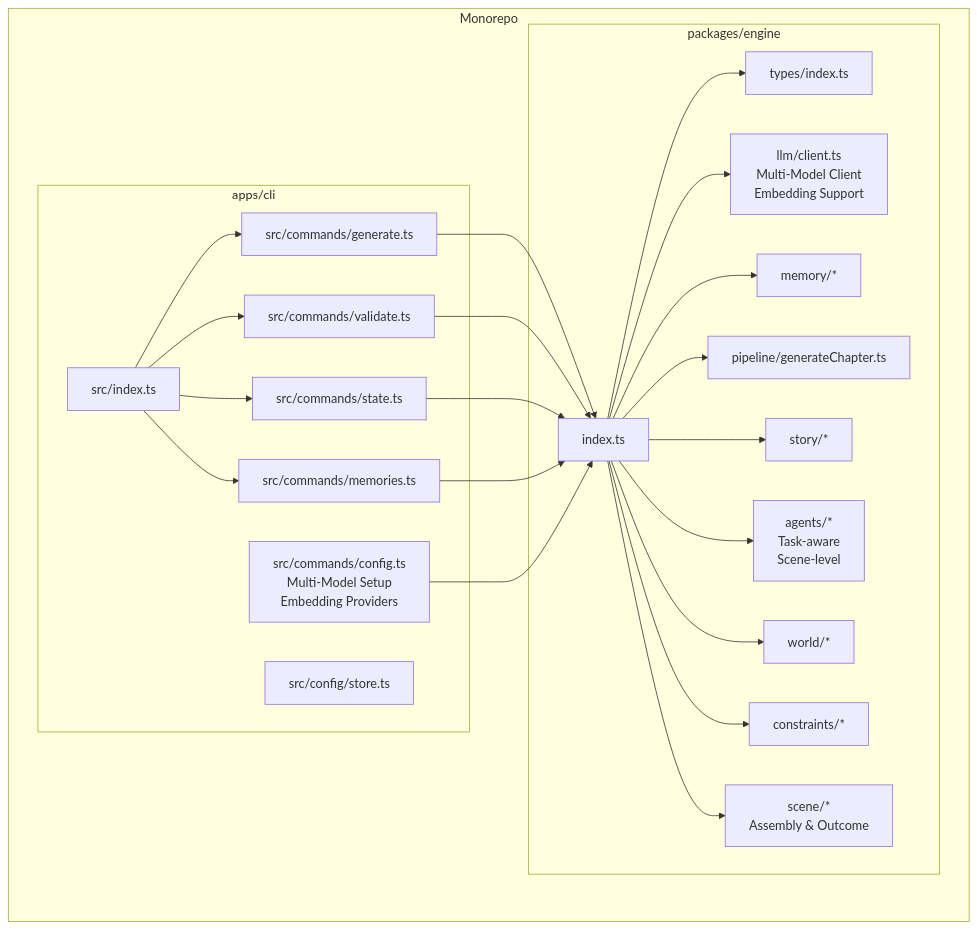
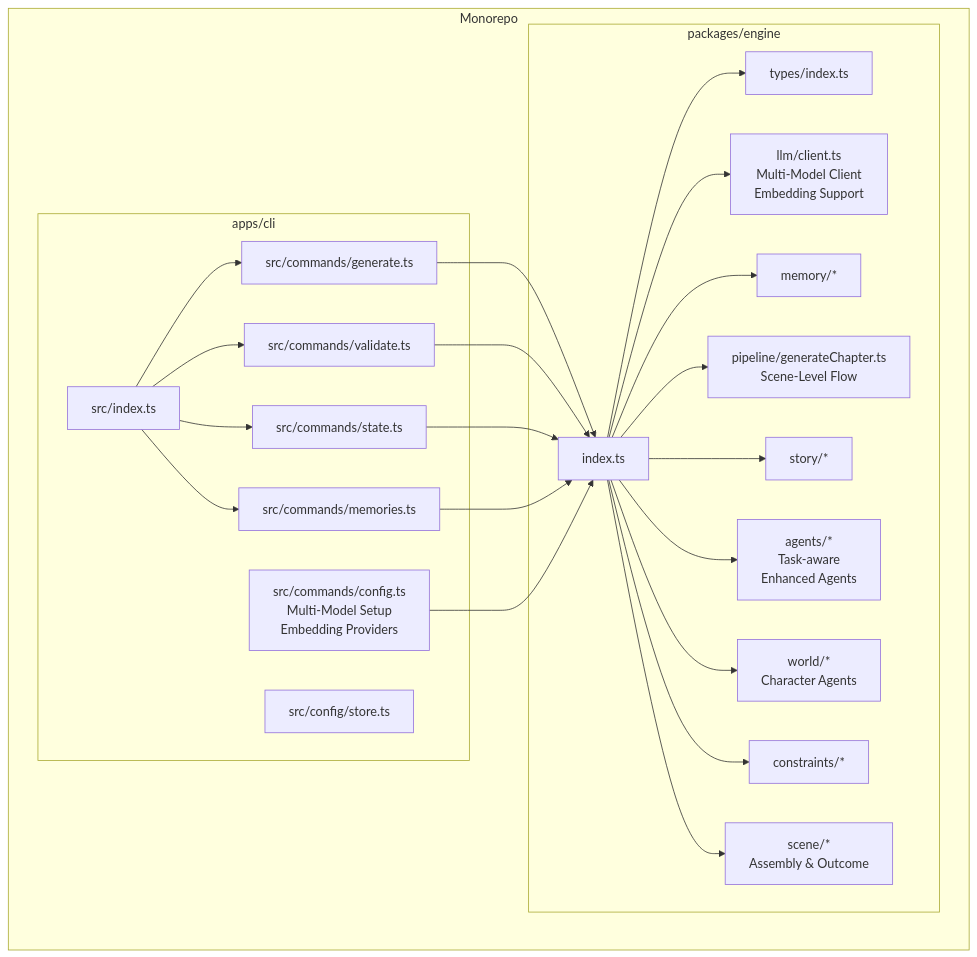
The first of 11 diagrams in .qoder/repowiki/en/content/Engine Architecture/Engine Architecture.md (liwonder/NARRITIVE_OS), drawn with Mermaid before and after one commit. The commit also changed other lines of this file and 12 other files, not shown here.

````diff
--- a/.qoder/repowiki/en/content/Engine Architecture/Engine Architecture.md
+++ b/.qoder/repowiki/en/content/Engine Architecture/Engine Architecture.md
@@ -81,44 +79,44 @@
 ```mermaid
 graph TB
 subgraph "Monorepo"
 subgraph "packages/engine"
 E_Index["index.ts"]
 E_Types["types/index.ts"]
 E_LLM["llm/client.ts<br/>Multi-Model Client<br/>Embedding Support"]
 E_Memory["memory/*"]
-E_Pipeline["pipeline/generateChapter.ts"]
+E_Pipeline["pipeline/generateChapter.ts<br/>Scene-Level Flow"]
 E_Story["story/*"]
-E_Agents["agents/*<br/>Task-aware<br/>Scene-level"]
-E_World["world/*"]
+E_Agents["agents/*<br/>Task-aware<br/>Enhanced Agents"]
+E_World["world/*<br/>Character Agents"]
 E_Constraints["constraints/*"]
 E_Scene["scene/*<br/>Assembly & Outcome"]
 end
 subgraph "apps/cli"
 C_Index["src/index.ts"]
 C_Gen["src/commands/generate.ts"]
 C_Validate["src/commands/validate.ts"]
 C_State["src/commands/state.ts"]
 C_Memories["src/commands/memories.ts"]
 C_Store["src/config/store.ts"]
 C_Config["src/commands/config.ts<br/>Multi-Model Setup<br/>Embedding Providers"]
 end
 end
 C_Index --> C_Gen
 C_Index --> C_Validate
 C_Index --> C_State
 C_Index --> C_Memories
 C_Gen --> E_Index
 C_Validate --> E_Index
 C_State --> E_Index
 C_Memories --> E_Index
 C_Config --> E_Index
 E_Index --> E_Types
 E_Index --> E_LLM
 E_Index --> E_Memory
 E_Index --> E_Pipeline
 E_Index --> E_Story
 E_Index --> E_Agents
 E_Index --> E_World
 E_Index --> E_Constraints
 E_Index --> E_Scene
 ```
````
